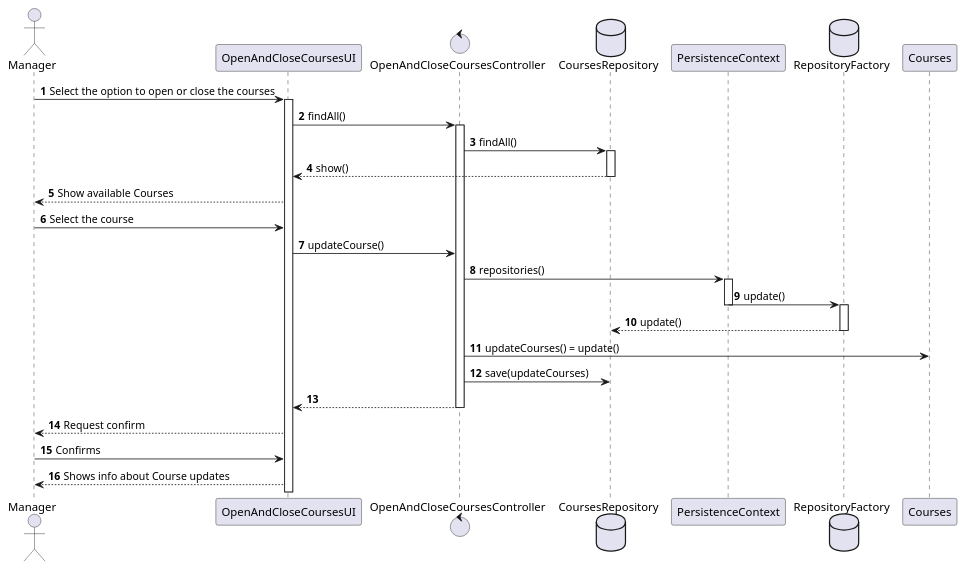
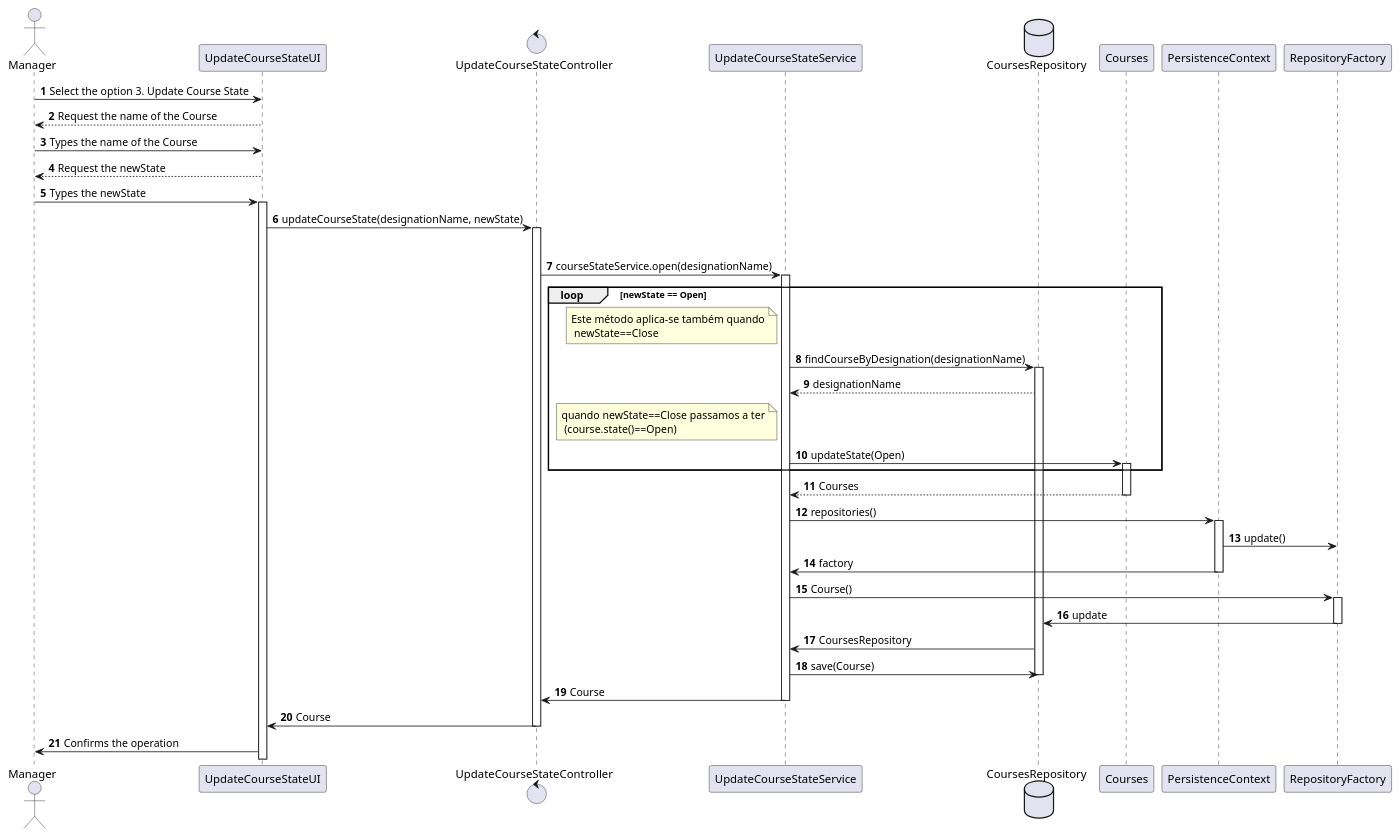
The diagram in docs/SPRINT B/US1004/Sequence_Diagram.puml (mascenso/isep-sem4-lapr4), drawn with PlantUML before and after one commit. The commit also changed 15 other files, not shown here.

```diff
--- a/docs/SPRINT B/US1004/Sequence_Diagram.puml
+++ b/docs/SPRINT B/US1004/Sequence_Diagram.puml
@@ -1,41 +1,57 @@
 @startuml
 'https://plantuml.com/sequence-diagram
 
 autonumber
 
 actor Manager
 
-Manager -> OpenAndCloseCoursesUI: Select the option to open or close the courses
-
-activate OpenAndCloseCoursesUI
-control OpenAndCloseCoursesController
-OpenAndCloseCoursesUI -> OpenAndCloseCoursesController: findAll()
-activate OpenAndCloseCoursesController
-
-database CoursesRepository
-OpenAndCloseCoursesController -> CoursesRepository: findAll()
-activate CoursesRepository
-CoursesRepository --> OpenAndCloseCoursesUI: show()
-deactivate CoursesRepository
-OpenAndCloseCoursesUI --> Manager: Show available Courses
-Manager -> OpenAndCloseCoursesUI: Select the course
+Manager -> UpdateCourseStateUI: Select the option 3. Update Course State
+UpdateCourseStateUI --> Manager:  Request the name of the Course
+Manager -> UpdateCourseStateUI: Types the name of the Course
+UpdateCourseStateUI --> Manager: Request the newState
+Manager -> UpdateCourseStateUI: Types the newState
+activate UpdateCourseStateUI
+control UpdateCourseStateController
+UpdateCourseStateUI -> UpdateCourseStateController: updateCourseState(designationName, newState)
+activate UpdateCourseStateController
 
 
-OpenAndCloseCoursesUI -> OpenAndCloseCoursesController: updateCourse()
-OpenAndCloseCoursesController -> PersistenceContext: repositories()
+
+loop newState == Open
+
+UpdateCourseStateController -> UpdateCourseStateService: courseStateService.open(designationName)
+activate UpdateCourseStateService
+database CoursesRepository
+ loop newState == Open
+ note left of UpdateCourseStateService: Este método aplica-se também quando\n newState==Close
+
+UpdateCourseStateService -> CoursesRepository: findCourseByDesignation(designationName)
+activate CoursesRepository
+CoursesRepository --> UpdateCourseStateService: designationName
+ note left of UpdateCourseStateService: quando newState==Close passamos a ter\n (course.state()==Open)
+UpdateCourseStateService -> Courses: updateState(Open)
+activate Courses
+end loop
+
+Courses --> UpdateCourseStateService: Courses
+
+deactivate Courses
+UpdateCourseStateService -> PersistenceContext: repositories()
+
 activate PersistenceContext
-database RepositoryFactory
 PersistenceContext -> RepositoryFactory: update()
+PersistenceContext -> UpdateCourseStateService: factory
 deactivate PersistenceContext
+UpdateCourseStateService -> RepositoryFactory: Course()
 activate RepositoryFactory
-RepositoryFactory --> CoursesRepository: update()
+RepositoryFactory -> CoursesRepository: update
 deactivate RepositoryFactory
-OpenAndCloseCoursesController -> Courses: updateCourses() = update()
-OpenAndCloseCoursesController -> CoursesRepository: save(updateCourses)
-OpenAndCloseCoursesController --> OpenAndCloseCoursesUI
-deactivate OpenAndCloseCoursesController
-OpenAndCloseCoursesUI --> Manager: Request confirm
-Manager -> OpenAndCloseCoursesUI: Confirms
-OpenAndCloseCoursesUI --> Manager: Shows info about Course updates
-
+CoursesRepository -> UpdateCourseStateService: CoursesRepository
+UpdateCourseStateService -> CoursesRepository: save(Course)
+deactivate CoursesRepository
+UpdateCourseStateService -> UpdateCourseStateController: Course
+deactivate UpdateCourseStateService
+UpdateCourseStateController -> UpdateCourseStateUI: Course
+deactivate UpdateCourseStateController
+UpdateCourseStateUI -> Manager: Confirms the operation
 @enduml
```
